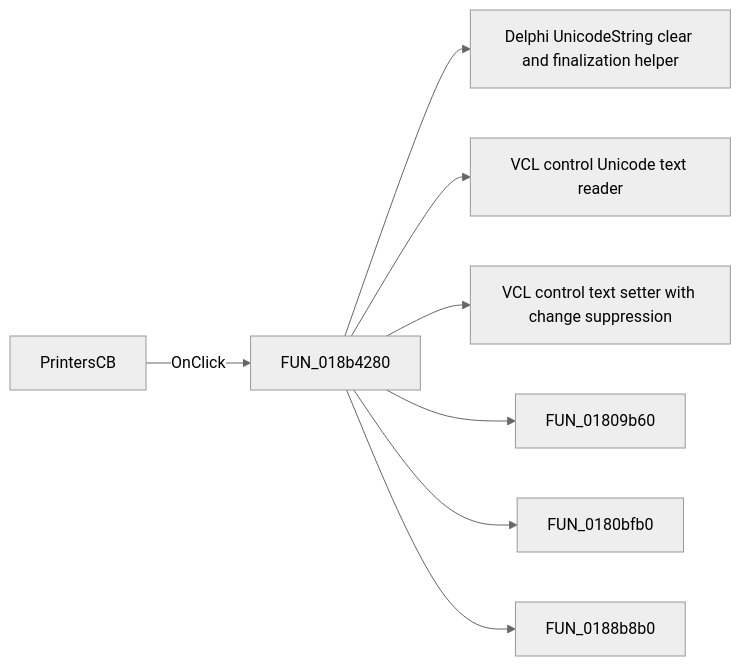
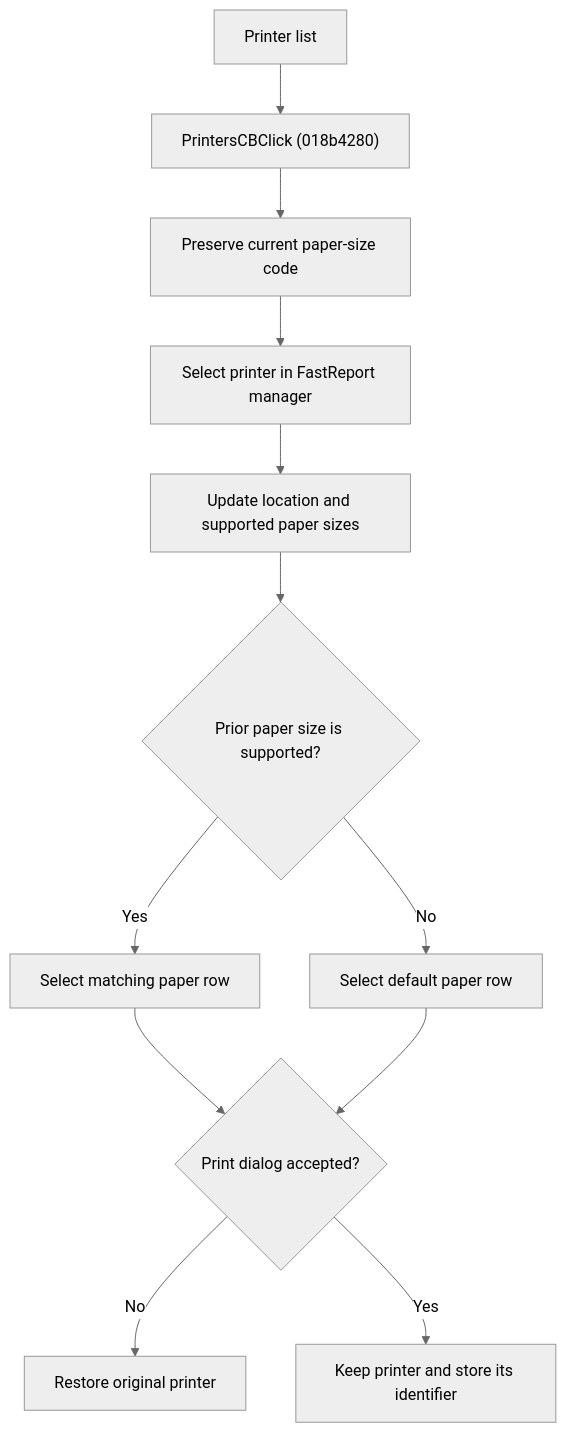
The diagram in docs/ui-controls/frxprintdialog/printerscb-0f1b559d95.md (MovGP0/TIARA), drawn with Mermaid (neutral theme) before and after one commit. The commit also changed other lines of this file and 387 other files, not shown here.

````diff
--- a/docs/ui-controls/frxprintdialog/printerscb-0f1b559d95.md
+++ b/docs/ui-controls/frxprintdialog/printerscb-0f1b559d95.md
@@ -27,10 +30,14 @@
 ```mermaid
-flowchart LR
-    control["PrintersCB"] -->|OnClick| handler["FUN_018b4280"]
-    handler --> call1["Delphi UnicodeString clear and finalization helper"]
-    handler --> call2["VCL control Unicode text reader"]
-    handler --> call3["VCL control text setter with change suppression"]
-    handler --> call4["FUN_01809b60"]
-    handler --> call5["FUN_0180bfb0"]
-    handler --> call6["FUN_0188b8b0"]
+flowchart TD
+    control["Printer list"] --> handler["PrintersCBClick (018b4280)"]
+    handler --> preserve["Preserve current paper-size code"]
+    preserve --> switchPrinter["Select printer in FastReport manager"]
+    switchPrinter --> refresh["Update location and supported paper sizes"]
+    refresh --> restore{"Prior paper size is supported?"}
+    restore -->|Yes| selectPrior["Select matching paper row"]
+    restore -->|No| selectDefault["Select default paper row"]
+    selectPrior --> accepted{"Print dialog accepted?"}
+    selectDefault --> accepted
+    accepted -->|No| rollback["Restore original printer"]
+    accepted -->|Yes| commit["Keep printer and store its identifier"]
 ```
````
